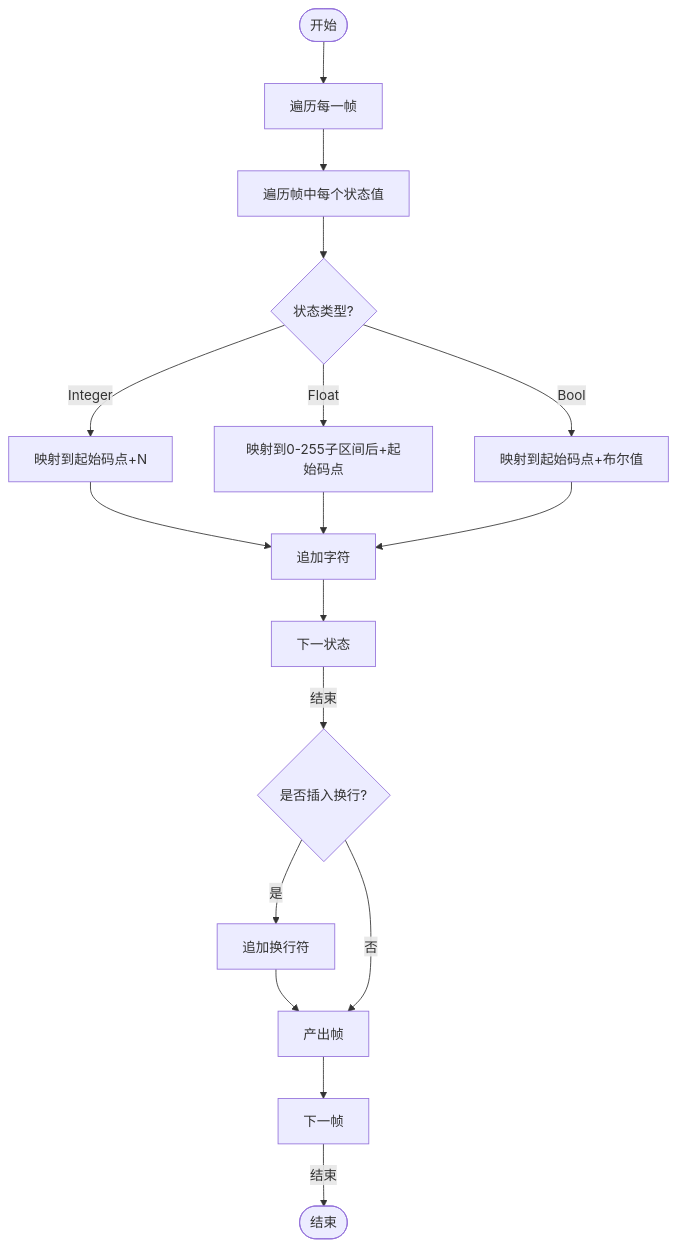
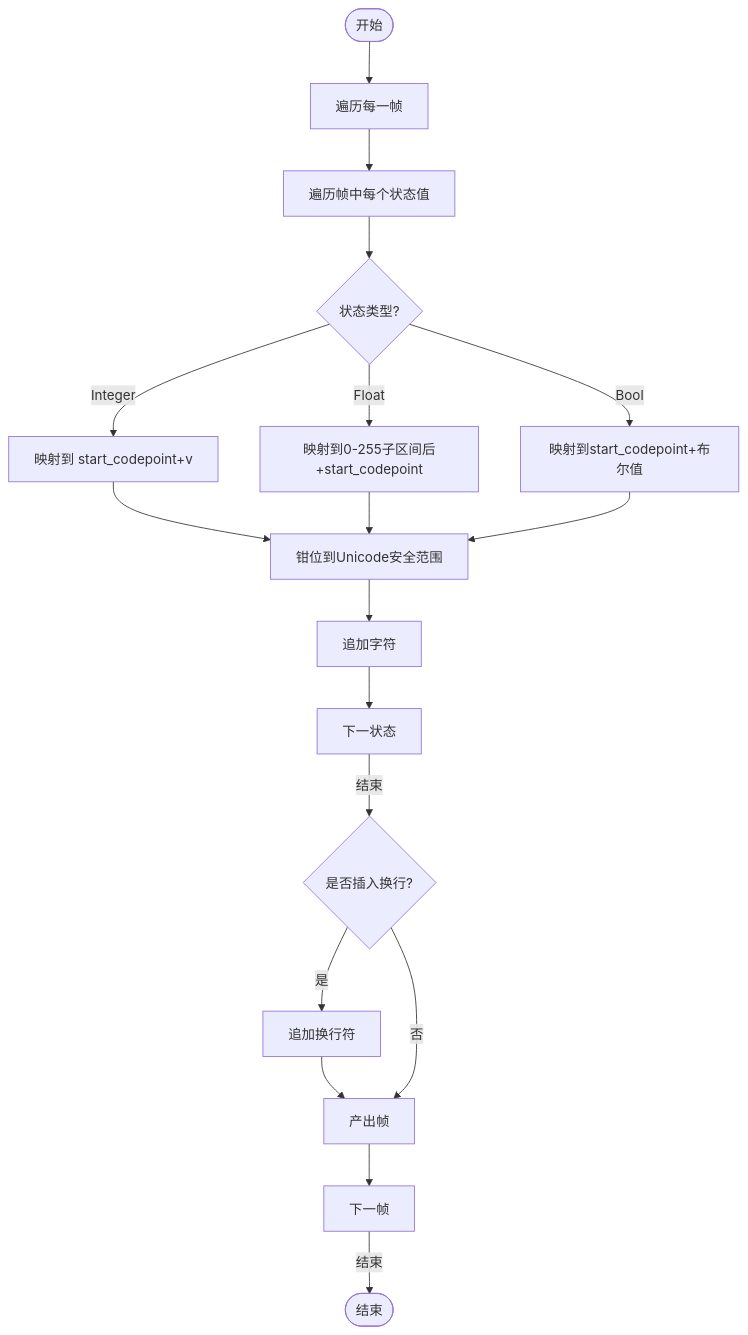
The seventh of 10 diagrams in .qoder/repowiki/zh/content/后处理管道层/后处理管道层.md (shiyukonghui/StructGen-rs), drawn with Mermaid before and after one commit. The commit also changed other lines of this file and 8 other files, not shown here.

````diff
--- a/.qoder/repowiki/zh/content/后处理管道层/后处理管道层.md
+++ b/.qoder/repowiki/zh/content/后处理管道层/后处理管道层.md
@@ -264,18 +280,19 @@
 ```mermaid
 flowchart TD
 Start(["开始"]) --> Loop["遍历每一帧"]
 Loop --> ForEach["遍历帧中每个状态值"]
 ForEach --> Branch{"状态类型?"}
-Branch --> |Integer| MapInt["映射到起始码点+N"]
-Branch --> |Float| MapFloat["映射到0-255子区间后+起始码点"]
-Branch --> |Bool| MapBool["映射到起始码点+布尔值"]
-MapInt --> Append["追加字符"]
-MapFloat --> Append
-MapBool --> Append
+Branch --> |Integer| MapInt["映射到 start_codepoint+v"]
+Branch --> |Float| MapFloat["映射到0-255子区间后+start_codepoint"]
+Branch --> |Bool| MapBool["映射到start_codepoint+布尔值"]
+MapInt --> Clamp["钳位到Unicode安全范围"]
+MapFloat --> Clamp
+MapBool --> Clamp
+Clamp --> Append["追加字符"]
 Append --> NextState["下一状态"]
 NextState --> |结束| CheckNL{"是否插入换行?"}
 CheckNL --> |是| InsertNL["追加换行符"] --> Yield["产出帧"]
 CheckNL --> |否| Yield
 Yield --> NextFrame["下一帧"]
 NextFrame --> |结束| End(["结束"])
 ```
````
